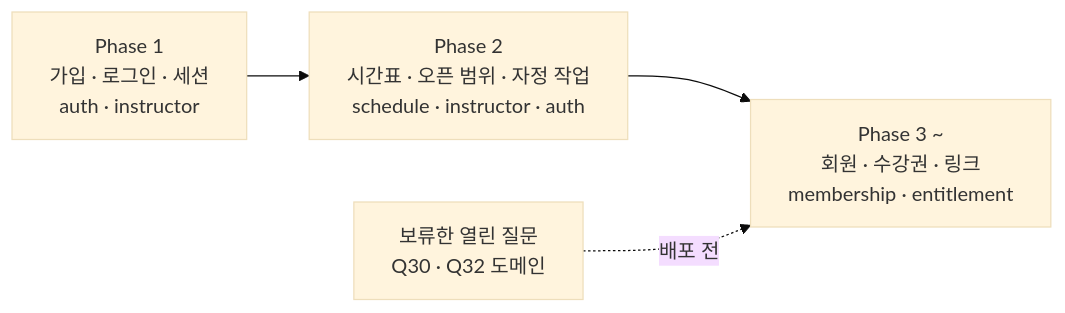
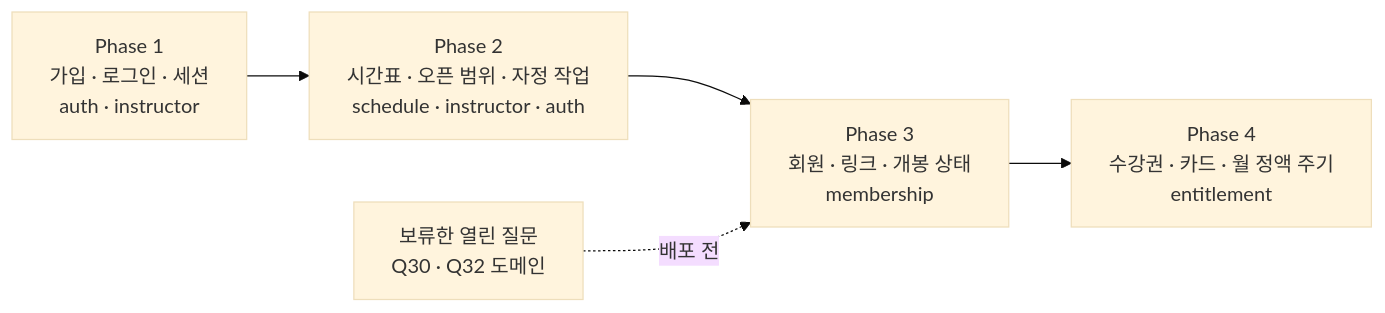
The first of 6 diagrams in docs/spec/instructor/0001-instructor-setup/prd.md (Fit-link-v2/FitLink-BE), drawn with Mermaid (base theme) before and after one commit. The commit also changed other lines of this file and 2 other files, not shown here.

Commit message:
docs(instructor): Phase 3 회원 · 링크 · 개봉 상태 AC와 plan (#42)

````diff
--- a/docs/spec/instructor/0001-instructor-setup/prd.md
+++ b/docs/spec/instructor/0001-instructor-setup/prd.md
@@ -29,5 +32,5 @@
 ```mermaid
 flowchart LR
-    P1["Phase 1<br/>가입 · 로그인 · 세션<br/>auth · instructor"] --> P2["Phase 2<br/>시간표 · 오픈 범위 · 자정 작업<br/>schedule · instructor · auth"] --> P3["Phase 3 ~<br/>회원 · 수강권 · 링크<br/>membership · entitlement"]
+    P1["Phase 1<br/>가입 · 로그인 · 세션<br/>auth · instructor"] --> P2["Phase 2<br/>시간표 · 오픈 범위 · 자정 작업<br/>schedule · instructor · auth"] --> P3["Phase 3<br/>회원 · 링크 · 개봉 상태<br/>membership"] --> P4["Phase 4<br/>수강권 · 카드 · 월 정액 주기<br/>entitlement"]
     Q["보류한 열린 질문<br/>Q30 · Q32 도메인"] -.->|배포 전| P3
 ```
````
